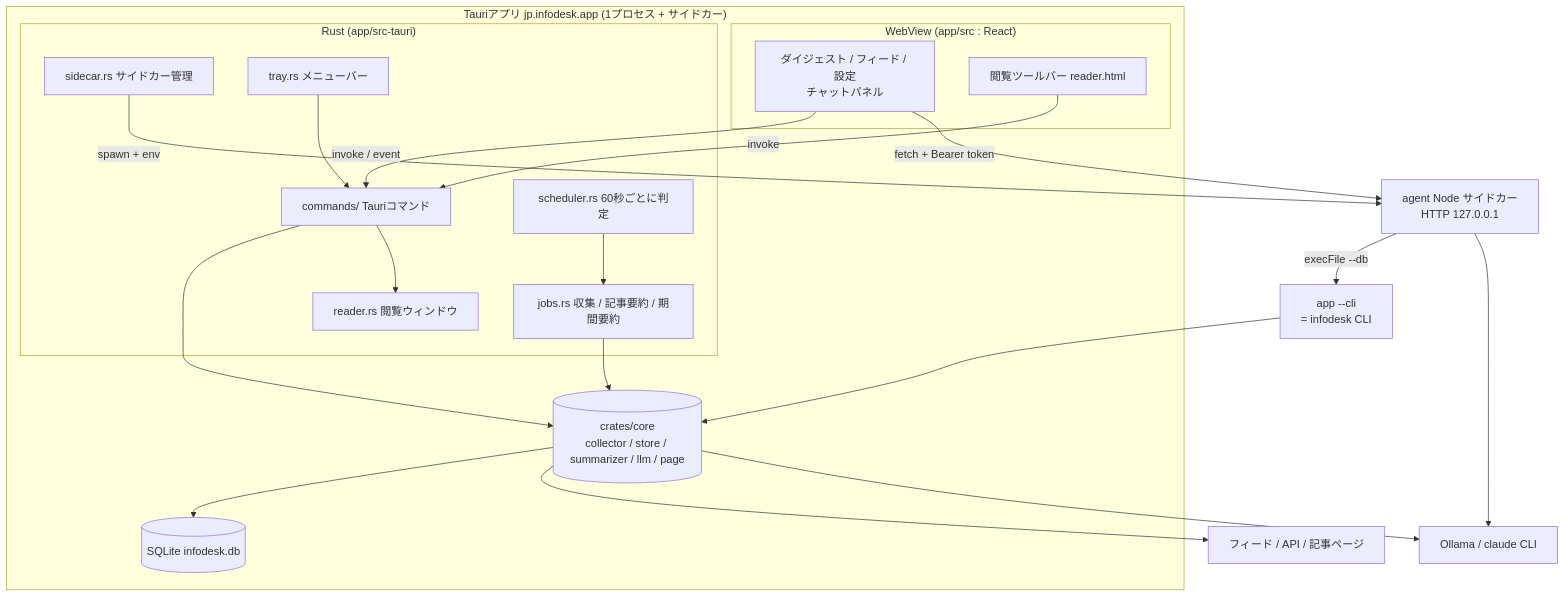
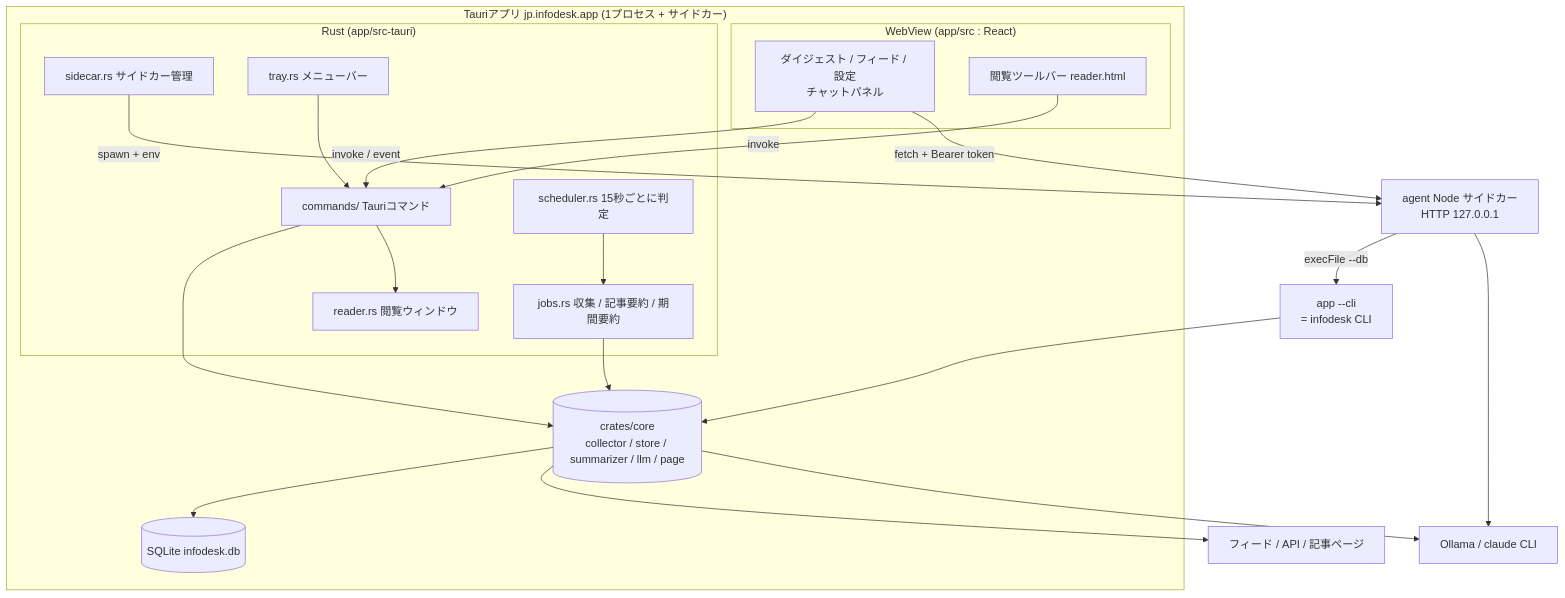
Before and after one commit to kousuke-takeuchi/InfoDesk: the first of 2 diagrams in docs/internal/architecture.md, drawn with Mermaid. The commit also changed other lines of this file and 21 other files, not shown here.

````diff
--- a/docs/internal/architecture.md
+++ b/docs/internal/architecture.md
@@ -7,37 +7,37 @@
 ```mermaid
 flowchart TB
     subgraph app["Tauriアプリ jp.infodesk.app (1プロセス + サイドカー)"]
         subgraph webview["WebView (app/src : React)"]
             UI[ダイジェスト / フィード / 設定<br>チャットパネル]
             RT[閲覧ツールバー reader.html]
         end
         subgraph rust["Rust (app/src-tauri)"]
             Cmd[commands/ Tauriコマンド]
-            Sch[scheduler.rs 60秒ごとに判定]
+            Sch[scheduler.rs 15秒ごとに判定]
             Jobs[jobs.rs 収集 / 記事要約 / 期間要約]
             Rdr[reader.rs 閲覧ウィンドウ]
             Side[sidecar.rs サイドカー管理]
             Tray[tray.rs メニューバー]
         end
         Core[(crates/core<br>collector / store / summarizer / llm / page)]
         DB[(SQLite infodesk.db)]
     end
     Agent[agent Node サイドカー<br>HTTP 127.0.0.1]
     CLI[app --cli<br>= infodesk CLI]
     LLM[Ollama / claude CLI]
     NET[フィード / API / 記事ページ]
 
     UI -- "invoke / event" --> Cmd
     RT -- "invoke" --> Cmd
     Cmd --> Core
     Sch --> Jobs --> Core
     Core --> DB
     Core --> NET
     Core --> LLM
     Side -- "spawn + env" --> Agent
     UI -- "fetch + Bearer token" --> Agent
     Agent -- "execFile --db" --> CLI --> Core
     Agent --> LLM
     Cmd --> Rdr
     Tray --> Cmd
 ```
````
